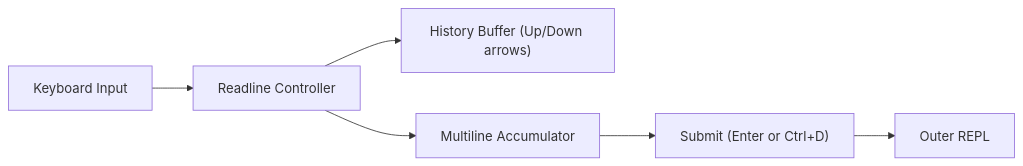
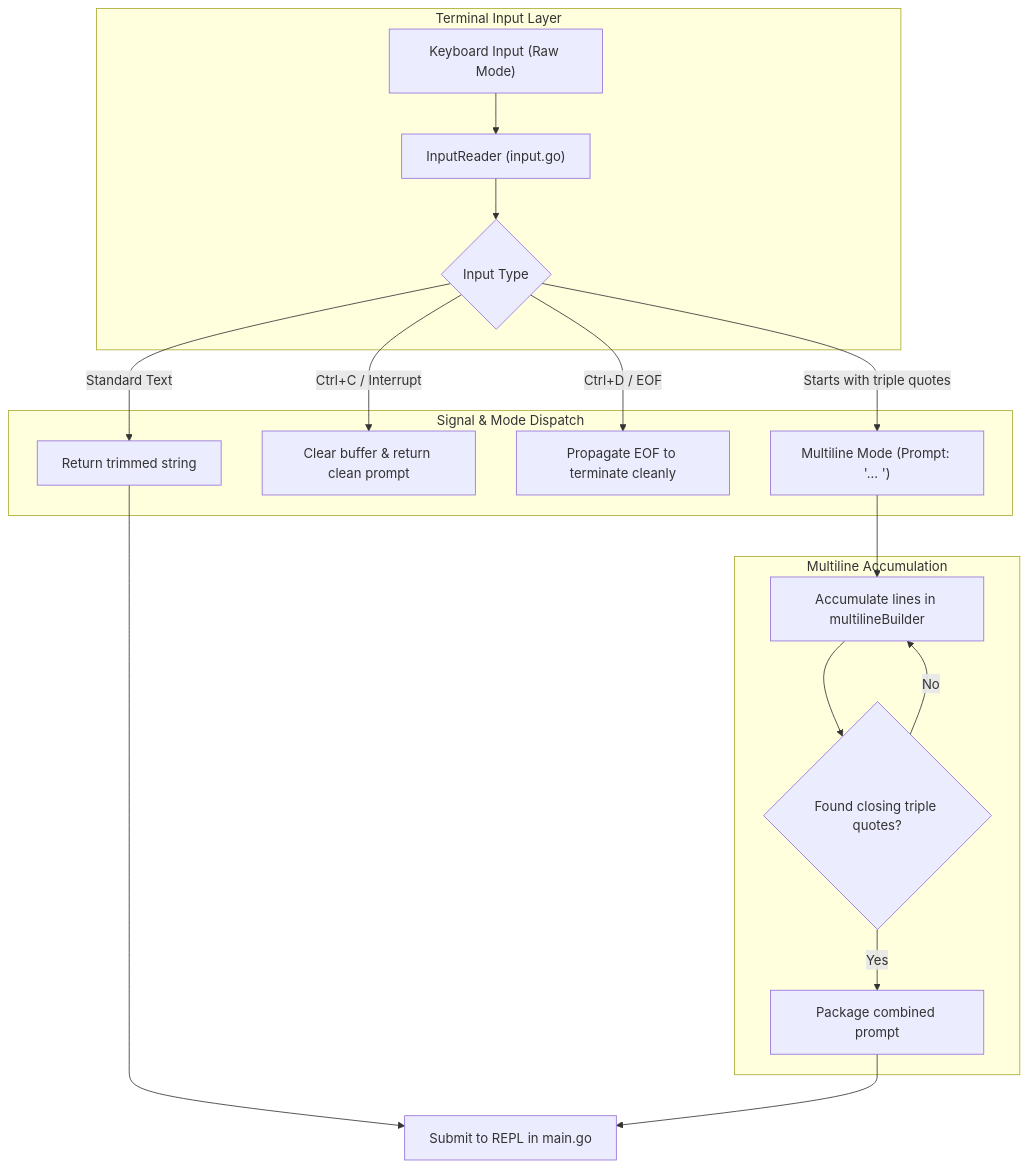
One commit to AntonioHellin/phi-code-agent changed the diagram in docs/steps/08-advanced-input.md. Above: the diagram before and after it, drawn with Mermaid. The commit also changed other lines of this file and 5 other files, not shown here.

Commit message:
step/08-advanced-input: feat: implement readline controller with history and multiline support

````diff
--- a/docs/steps/08-advanced-input.md
+++ b/docs/steps/08-advanced-input.md
@@ -12,8 +13,24 @@
 ```mermaid
-flowchart LR
-    Stdin["Keyboard Input"] --> InputController["Readline Controller"]
-    InputController --> History["History Buffer (Up/Down arrows)"]
-    InputController --> Multiline["Multiline Accumulator"]
-    Multiline --> Submit["Submit (Enter or Ctrl+D)"]
-    Submit --> REPL["Outer REPL"]
+flowchart TD
+    subgraph Terminal ["Terminal Input Layer"]
+        Raw["Keyboard Input (Raw Mode)"] --> Controller["InputReader (input.go)"]
+        Controller --> Check{"Input Type"}
+    end
+
+    subgraph Dispatch ["Signal & Mode Dispatch"]
+        Check -->|Standard Text| Single["Return trimmed string"]
+        Check -->|Ctrl+C / Interrupt| Cancel["Clear buffer & return clean prompt"]
+        Check -->|Ctrl+D / EOF| Exit["Propagate EOF to terminate cleanly"]
+        Check -->|Starts with triple quotes| Multi["Multiline Mode (Prompt: '... ')"]
+    end
+
+    subgraph Accumulator ["Multiline Accumulation"]
+        Multi --> ReadLoop["Accumulate lines in multilineBuilder"]
+        ReadLoop --> CloseQuotes{"Found closing triple quotes?"}
+        CloseQuotes -->|No| ReadLoop
+        CloseQuotes -->|Yes| Pack["Package combined prompt"]
+    end
+
+    Single --> Submit["Submit to REPL in main.go"]
+    Pack --> Submit
 ```
````
